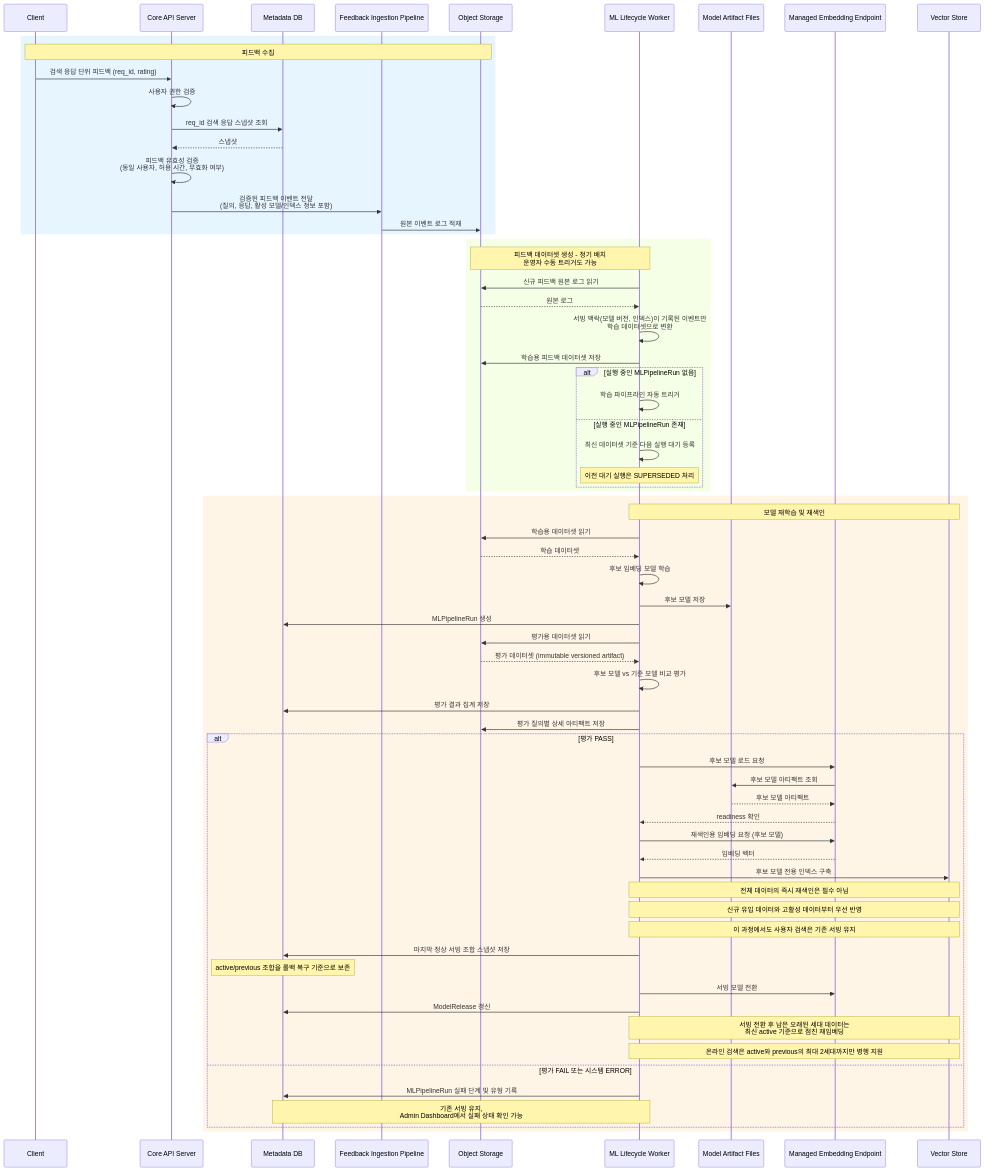
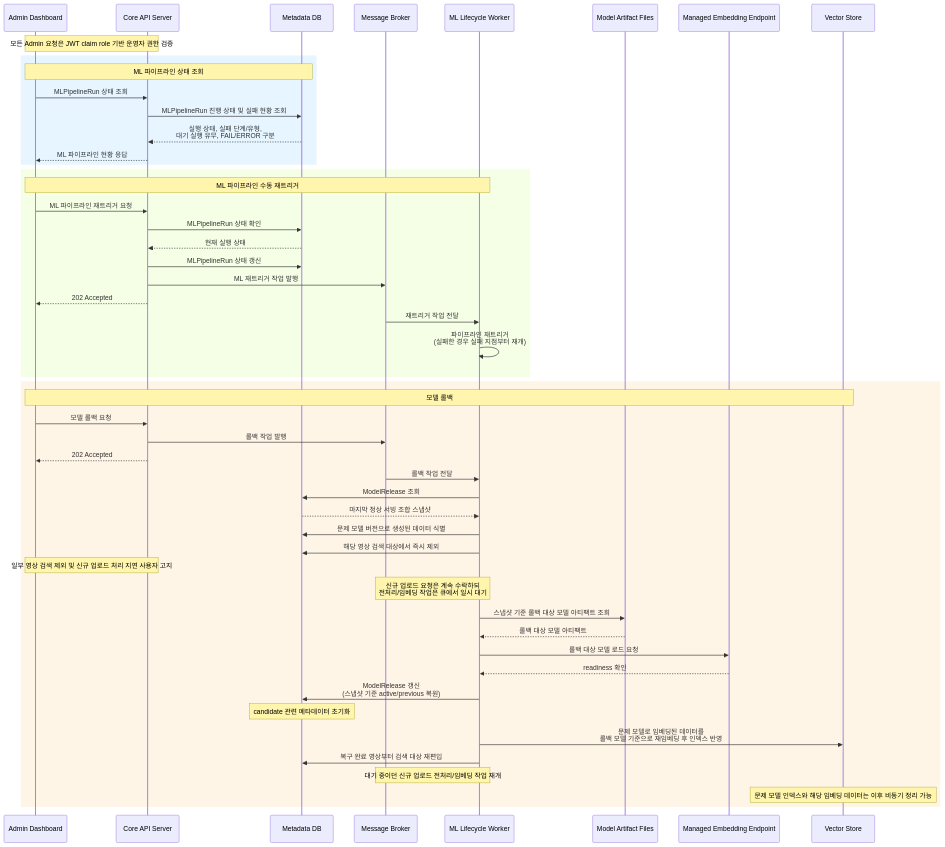
The sixth of 6 diagrams in docs/Diagram/sequence_diagram/SD_Mermaid.md (f-lab-edu/Biblio), drawn with Mermaid before and after one commit. The commit also changed 1 other file, not shown here.

Commit message:
docs(diagram): sd-06에 sd-04 mermaid 잘못 덮어씌워진거 해결

````diff
--- a/docs/Diagram/sequence_diagram/SD_Mermaid.md
+++ b/docs/Diagram/sequence_diagram/SD_Mermaid.md
@@ -288,83 +288,67 @@
 ```mermaid
 
 sequenceDiagram
-    participant Client
+    participant Admin as Admin Dashboard
     participant CoreAPI as Core API Server
     participant MetaDB as Metadata DB
-    participant FIP as Feedback Ingestion Pipeline
-    participant ObjStore as Object Storage
+    participant Broker as Message Broker
     participant MLWorker as ML Lifecycle Worker
     participant ModelFiles as Model Artifact Files
     participant MEE as Managed Embedding Endpoint
     participant VS as Vector Store
 
-    %% === 피드백 수집 (2.6) ===
+    Note over Admin, CoreAPI: 모든 Admin 요청은 JWT claim role 기반 운영자 권한 검증
+
+    %% === ML 파이프라인 상태 조회 ===
     rect rgb(230, 245, 255)
-    Note over Client, ObjStore: 피드백 수집
-    Client ->> CoreAPI: 검색 응답 단위 피드백 (req_id, rating)
-    CoreAPI ->> CoreAPI: 사용자 권한 검증
-    CoreAPI ->> MetaDB: req_id 검색 응답 스냅샷 조회
-    MetaDB -->> CoreAPI: 스냅샷
-    CoreAPI ->> CoreAPI: 피드백 유효성 검증<br/>(동일 사용자, 허용 시간, 무효화 여부)
-    CoreAPI ->> FIP: 검증된 피드백 이벤트 전달<br/>(질의, 응답, 활성 모델/인덱스 정보 포함)
-    FIP ->> ObjStore: 원본 이벤트 로그 적재
+    Note over Admin, MetaDB: ML 파이프라인 상태 조회
+    Admin ->> CoreAPI: MLPipelineRun 상태 조회
+    CoreAPI ->> MetaDB: MLPipelineRun 진행 상태 및 실패 현황 조회
+    MetaDB -->> CoreAPI: 실행 상태, 실패 단계/유형,<br/>대기 실행 유무, FAIL/ERROR 구분
+    CoreAPI -->> Admin: ML 파이프라인 현황 응답
     end
 
-    %% === 데이터셋 전처리 (2.7) ===
+    %% === ML 파이프라인 수동 재트리거 ===
     rect rgb(245, 255, 230)
-    Note over MLWorker, ObjStore: 피드백 데이터셋 생성 - 정기 배치 <br/>운영자 수동 트리거도 가능
-    MLWorker ->> ObjStore: 신규 피드백 원본 로그 읽기
-    ObjStore -->> MLWorker: 원본 로그
-    MLWorker ->> MLWorker: 서빙 맥락(모델 버전, 인덱스)이 기록된 이벤트만<br/>학습 데이터셋으로 변환
-    MLWorker ->> ObjStore: 학습용 피드백 데이터셋 저장
-
-    alt 실행 중인 MLPipelineRun 없음
-        MLWorker ->> MLWorker: 학습 파이프라인 자동 트리거
-    else 실행 중인 MLPipelineRun 존재
-        MLWorker ->> MLWorker: 최신 데이터셋 기준 다음 실행 대기 등록
-        Note over MLWorker: 이전 대기 실행은 SUPERSEDED 처리
-    end
+    Note over Admin, MLWorker: ML 파이프라인 수동 재트리거
+    Admin ->> CoreAPI: ML 파이프라인 재트리거 요청
+    CoreAPI ->> MetaDB: MLPipelineRun 상태 확인
+    MetaDB -->> CoreAPI: 현재 실행 상태
+    CoreAPI ->> MetaDB: MLPipelineRun 상태 갱신
+    CoreAPI ->> Broker: ML 재트리거 작업 발행
+    CoreAPI -->> Admin: 202 Accepted
+    Broker ->> MLWorker: 재트리거 작업 전달
+    MLWorker ->> MLWorker: 파이프라인 재트리거<br/>(실패한 경우 실패 지점부터 재개)
     end
 
-    %% === 모델 재학습 및 재색인 (2.8) ===
+    %% === 모델 롤백 ===
     rect rgb(255, 245, 230)
-    Note over MLWorker, VS: 모델 재학습 및 재색인
+    Note over Admin, VS: 모델 롤백
+    Admin ->> CoreAPI: 모델 롤백 요청
+    CoreAPI ->> Broker: 롤백 작업 발행
+    CoreAPI -->> Admin: 202 Accepted
+    Broker ->> MLWorker: 롤백 작업 전달
 
-    %% 학습
-    MLWorker ->> ObjStore: 학습용 데이터셋 읽기
-    ObjStore -->> MLWorker: 학습 데이터셋
-    MLWorker ->> MLWorker: 후보 임베딩 모델 학습
-    MLWorker ->> ModelFiles: 후보 모델 저장
-    MLWorker ->> MetaDB: MLPipelineRun 생성
+    MLWorker ->> MetaDB: ModelRelease 조회
+    MetaDB -->> MLWorker: 마지막 정상 서빙 조합 스냅샷
 
-    %% 평가
-    MLWorker ->> ObjStore: 평가용 데이터셋 읽기
-    ObjStore -->> MLWorker: 평가 데이터셋 (immutable versioned artifact)
-    MLWorker ->> MLWorker: 후보 모델 vs 기준 모델 비교 평가
-    MLWorker ->> MetaDB: 평가 결과 집계 저장
-    MLWorker ->> ObjStore: 평가 질의별 상세 아티팩트 저장
+    MLWorker ->> MetaDB: 문제 모델 버전으로 생성된 데이터 식별
+    MLWorker ->> MetaDB: 해당 영상 검색 대상에서 즉시 제외
+    Note over Admin, CoreAPI: 일부 영상 검색 제외 및 신규 업로드 처리 지연 사용자 고지
+    Note over Broker, MLWorker: 신규 업로드 요청은 계속 수락하되<br/>전처리/임베딩 작업은 큐에서 일시 대기
 
-    alt 평가 PASS
-        MLWorker ->> MEE: 후보 모델 로드 요청
-        MEE ->> ModelFiles: 후보 모델 아티팩트 조회
-        ModelFiles -->> MEE: 후보 모델 아티팩트
-        MEE -->> MLWorker: readiness 확인
-        MLWorker ->> MEE: 재색인용 임베딩 요청 (후보 모델)
-        MEE -->> MLWorker: 임베딩 벡터
-        MLWorker ->> VS: 후보 모델 전용 인덱스 구축
-        Note over MLWorker, VS: 전체 데이터의 즉시 재색인은 필수 아님
-        Note over MLWorker, VS: 신규 유입 데이터와 고활성 데이터부터 우선 반영
-        Note over MLWorker, VS: 이 과정에서도 사용자 검색은 기존 서빙 유지
-        MLWorker ->> MetaDB: 마지막 정상 서빙 조합 스냅샷 저장
-        Note over MetaDB: active/previous 조합을 롤백 복구 기준으로 보존
-        MLWorker ->> MEE: 서빙 모델 전환
-        MLWorker ->> MetaDB: ModelRelease 갱신
-        Note over MLWorker, VS: 서빙 전환 후 남은 오래된 세대 데이터는<br/>최신 active 기준으로 점진 재임베딩
-        Note over MLWorker, VS: 온라인 검색은 active와 previous의 최대 2세대까지만 병행 지원
-    else 평가 FAIL 또는 시스템 ERROR
-        MLWorker ->> MetaDB: MLPipelineRun 실패 단계 및 유형 기록
-        Note over MLWorker, MetaDB: 기존 서빙 유지,<br/>Admin Dashboard에서 실패 상태 확인 가능
-    end
+    MLWorker ->> ModelFiles: 스냅샷 기준 롤백 대상 모델 아티팩트 조회
+    ModelFiles -->> MLWorker: 롤백 대상 모델 아티팩트
+    MLWorker ->> MEE: 롤백 대상 모델 로드 요청
+    MEE -->> MLWorker: readiness 확인
+
+    MLWorker ->> MetaDB: ModelRelease 갱신<br/>(스냅샷 기준 active/previous 복원)
+    Note over MetaDB: candidate 관련 메타데이터 초기화
+
+    MLWorker ->> VS: 문제 모델로 임베딩된 데이터를<br/>롤백 모델 기준으로 재임베딩 후 인덱스 반영
+    MLWorker ->> MetaDB: 복구 완료 영상부터 검색 대상 재편입
+    Note over Broker, MLWorker: 대기 중이던 신규 업로드 전처리/임베딩 작업 재개
+    Note over VS: 문제 모델 인덱스와 해당 임베딩 데이터는 이후 비동기 정리 가능
     end
 
 ```
````
